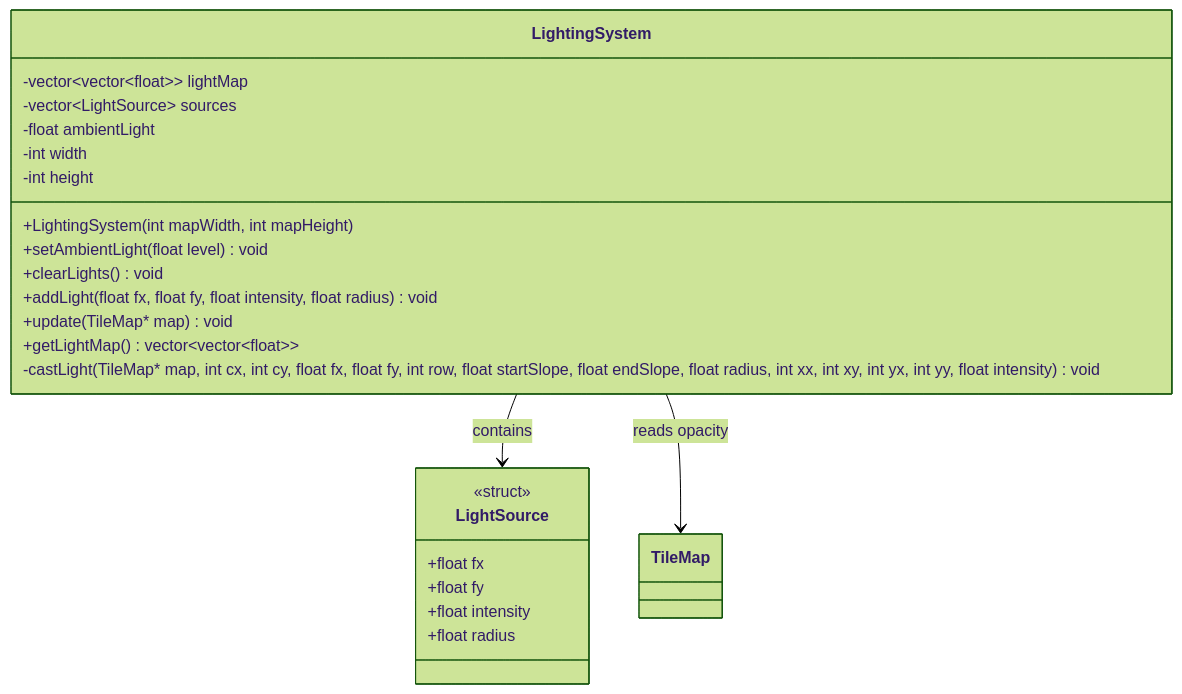
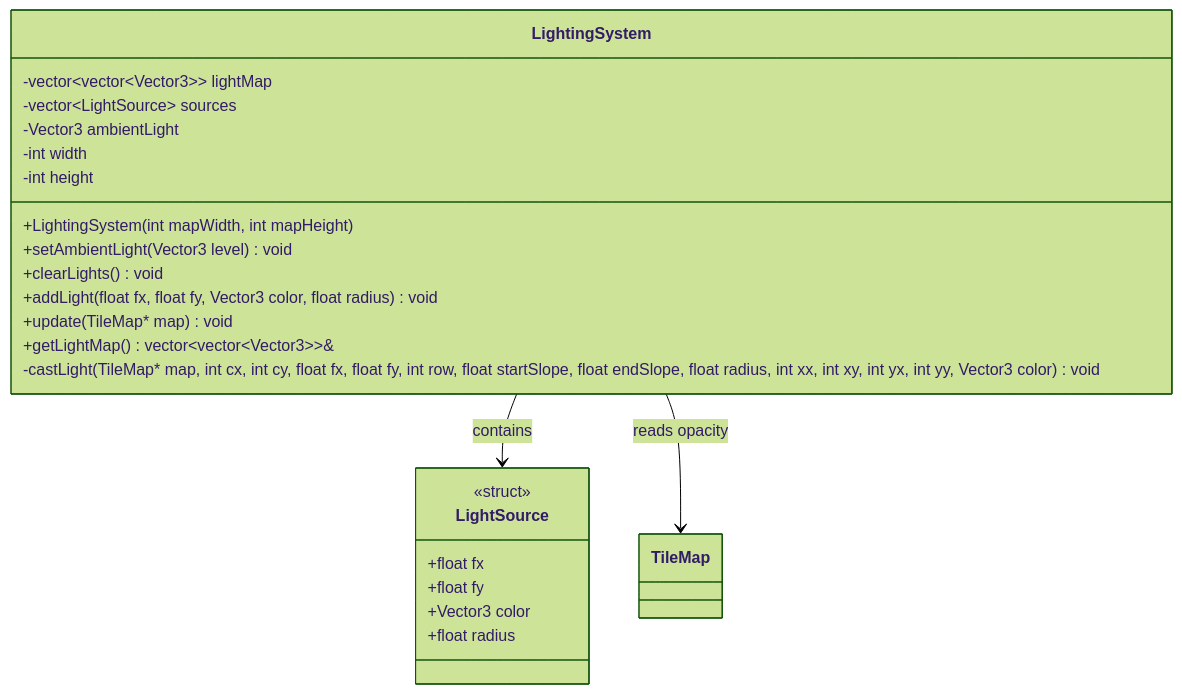
One commit to Gasmask-Chan/CS202-Cavern-Descent changed the fifth of 13 diagrams in project_plan.md. Above: the diagram before and after it, drawn with Mermaid (forest theme). The commit also changed other lines of this file, not shown here.

Commit message:
docs: synchronize all class diagrams and structures with source code in project_plan.md

````diff
--- a/project_plan.md
+++ b/project_plan.md
@@ -977,28 +1040,28 @@
 ```mermaid
 classDiagram
     class LightSource {
         <<struct>>
         +float fx
         +float fy
-        +float intensity
+        +Vector3 color
         +float radius
     }
 
     class LightingSystem {
-        -vector~vector~float~~ lightMap
+        -vector~vector~Vector3~~ lightMap
         -vector~LightSource~ sources
-        -float ambientLight
+        -Vector3 ambientLight
         -int width
         -int height
         +LightingSystem(int mapWidth, int mapHeight)
-        +setAmbientLight(float level) void
+        +setAmbientLight(Vector3 level) void
         +clearLights() void
-        +addLight(float fx, float fy, float intensity, float radius) void
+        +addLight(float fx, float fy, Vector3 color, float radius) void
         +update(TileMap* map) void
-        +getLightMap() vector~vector~float~~
-        -castLight(TileMap* map, int cx, int cy, float fx, float fy, int row, float startSlope, float endSlope, float radius, int xx, int xy, int yx, int yy, float intensity) void
+        +getLightMap() vector~vector~Vector3~~&
+        -castLight(TileMap* map, int cx, int cy, float fx, float fy, int row, float startSlope, float endSlope, float radius, int xx, int xy, int yx, int yy, Vector3 color) void
     }
     
     LightingSystem --> LightSource : contains
     LightingSystem --> TileMap : reads opacity
 ```
````
